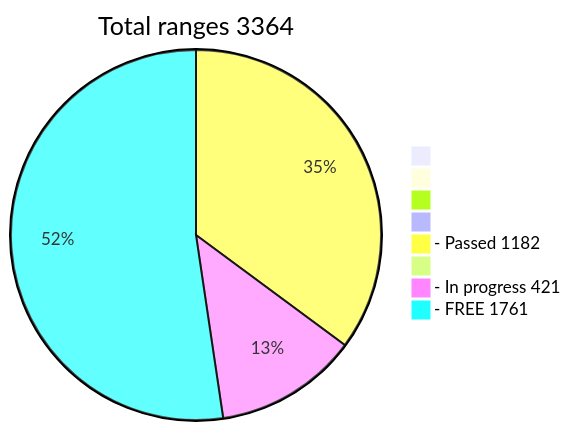
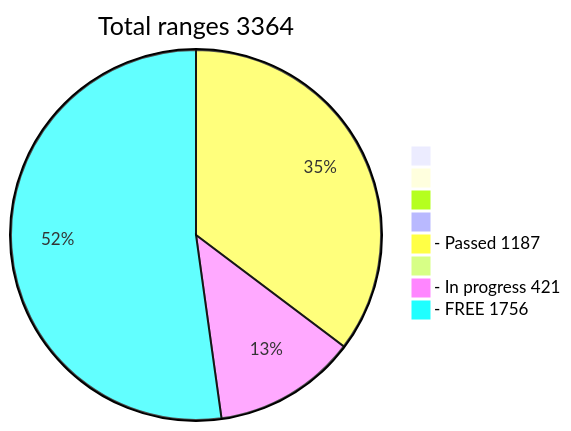
The diagram in README.md (phrutis/wif500), drawn with Mermaid before and after one commit.

````diff
--- a/README.md
+++ b/README.md
@@ -16,12 +16,12 @@
 ```mermaid
 pie title Total ranges 3364
              " " : 0
             "  " : 0
            "   " : 0
           "    " : 0
-  "- Passed 1182" : 1182
+  "- Passed 1187" : 1187
          "     " : 0
   "- In progress 421" : 421
-   "- FREE 1761" : 1761
+   "- FREE 1756" : 1756
    
 ```
````
